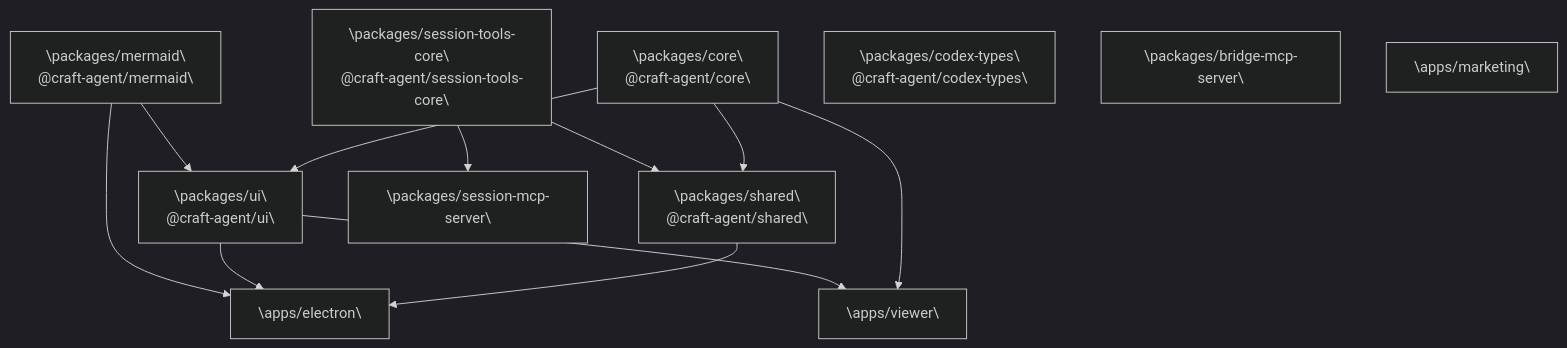
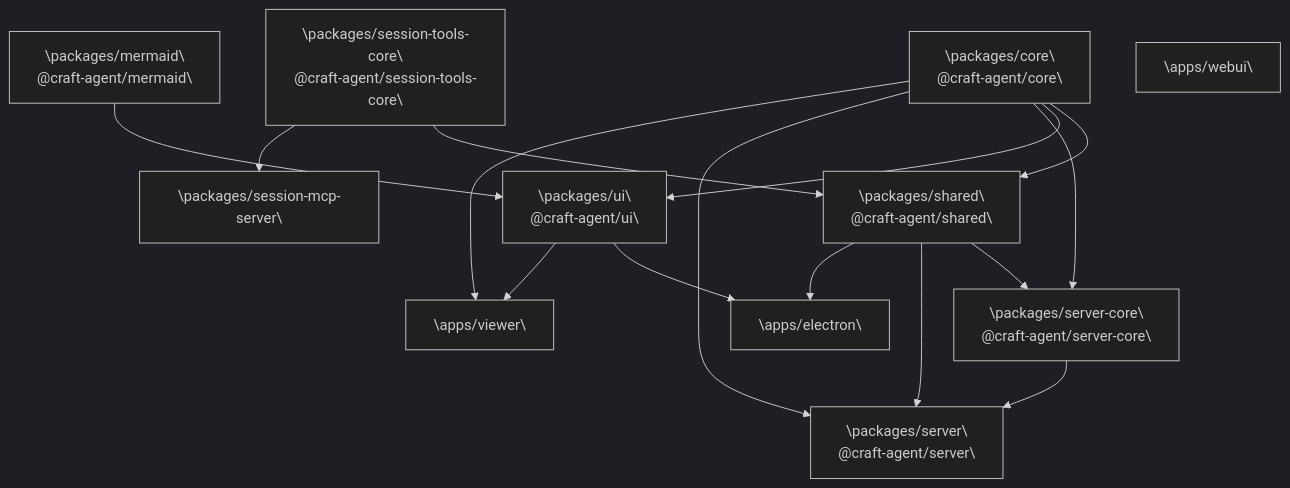
Before and after one commit to blackcater/zentree: the first of 2 diagrams in docs/lukilabs_craft-agents-oss/architecture/package-structure.md, drawn with Mermaid (dark theme). The commit also changed other lines of this file and 232 other files, not shown here.

````diff
--- a/docs/lukilabs_craft-agents-oss/architecture/package-structure.md
+++ b/docs/lukilabs_craft-agents-oss/architecture/package-structure.md
@@ -96,31 +104,35 @@
 ```mermaid
 graph TD
   core["\"packages/core\
 @craft-agent/core\""]
   stc["\"packages/session-tools-core\
 @craft-agent/session-tools-core\""]
   shared["\"packages/shared\
 @craft-agent/shared\""]
   ui["\"packages/ui\
 @craft-agent/ui\""]
+  server_core["\"packages/server-core\
+@craft-agent/server-core\""]
+  server["\"packages/server\
+@craft-agent/server\""]
   mermaid["\"packages/mermaid\
 @craft-agent/mermaid\""]
-  codex["\"packages/codex-types\
-@craft-agent/codex-types\""]
-  bridge["\"packages/bridge-mcp-server\""]
-  session_mcp["\"packages/session-mcp-server\""]
   electron["\"apps/electron\""]
   viewer["\"apps/viewer\""]
-  marketing["\"apps/marketing\""]
+  webui["\"apps/webui\""]
 
   core --> shared
   stc --> shared
   core --> ui
+  core --> server_core
+  shared --> server_core
+  core --> server
+  shared --> server
+  server_core --> server
   shared --> electron
   ui --> electron
   core --> viewer
   ui --> viewer
-  stc --> session_mcp
+  stc --> session_mcp["\"packages/session-mcp-server\""]
   mermaid --> ui
-  mermaid --> electron
 ```
````
